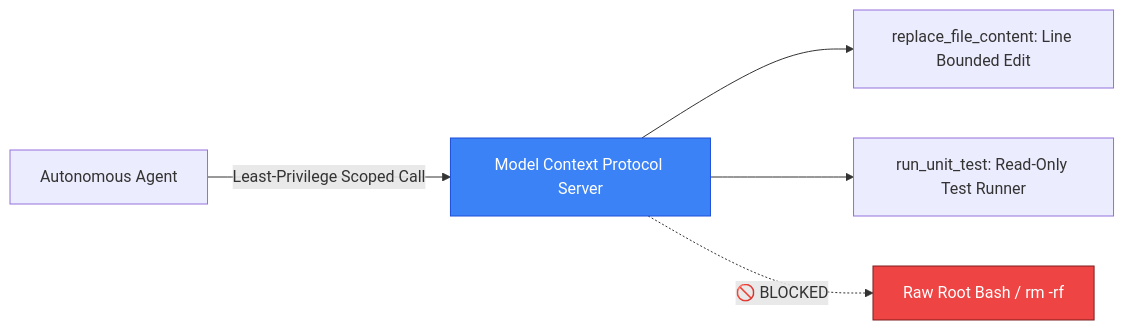
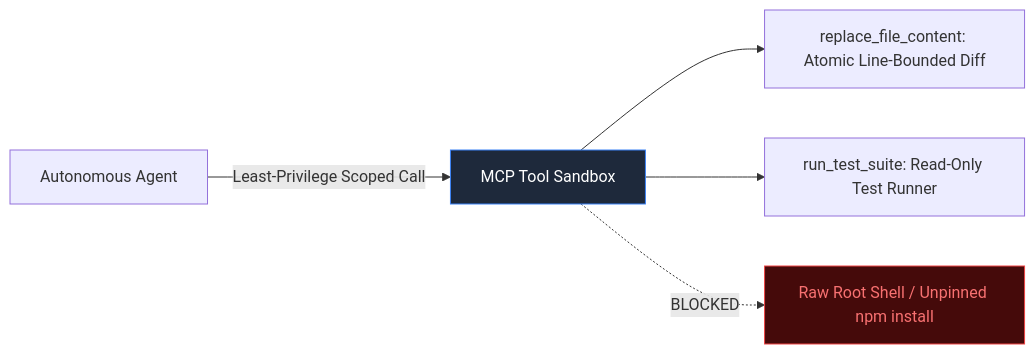
One commit to akmalkhaniub/akmalkhaniub.github.io changed the second of 2 diagrams in blog/posts/how-to-tame-your-agents-deterministic-ai-engineering-strategies.md. Above: the diagram before and after it, drawn with Mermaid. The commit also changed other lines of this file and 659 other files, not shown here.

````diff
--- a/blog/posts/how-to-tame-your-agents-deterministic-ai-engineering-strategies.md
+++ b/blog/posts/how-to-tame-your-agents-deterministic-ai-engineering-strategies.md
@@ -104,10 +97,10 @@
 ```mermaid
 graph LR
-  Agent[Autonomous Agent] -->|Least-Privilege Scoped Call| MCP[Model Context Protocol Server]
-  MCP --> Tool1[replace_file_content: Line Bounded Edit]
-  MCP --> Tool2[run_unit_test: Read-Only Test Runner]
-  MCP -.->|🚫 BLOCKED| Dangerous[Raw Root Bash / rm -rf]
+  Agent[Autonomous Agent] -->|Least-Privilege Scoped Call| Sandbox[MCP Tool Sandbox]
+  Sandbox --> ToolA[replace_file_content: Atomic Line-Bounded Diff]
+  Sandbox --> ToolB[run_test_suite: Read-Only Test Runner]
+  Sandbox -.->|BLOCKED| Dangerous[Raw Root Shell / Unpinned npm install]
   
-  style MCP fill:#3b82f6,stroke:#1d4ed8,color:#ffffff
-  style Dangerous fill:#ef4444,stroke:#7f1d1d,color:#ffffff
+  style Sandbox fill:#1e293b,stroke:#3b82f6,color:#ffffff
+  style Dangerous fill:#450a0a,stroke:#ef4444,color:#f87171
 ```
````
